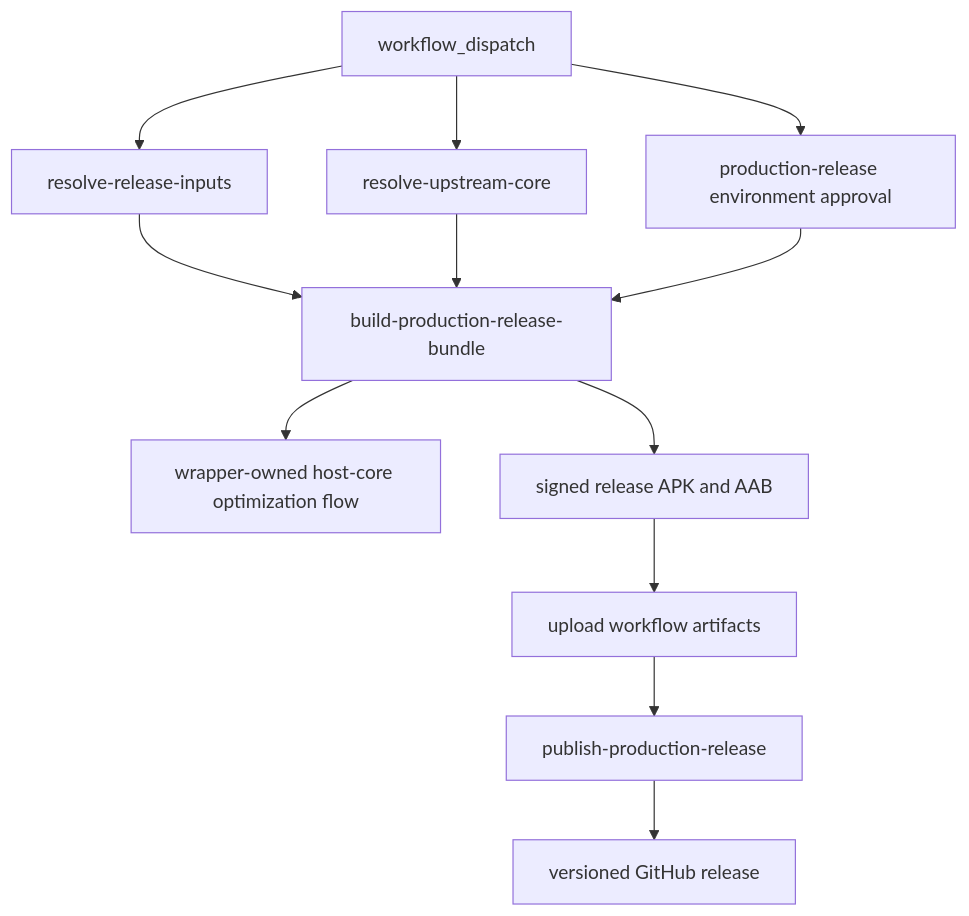
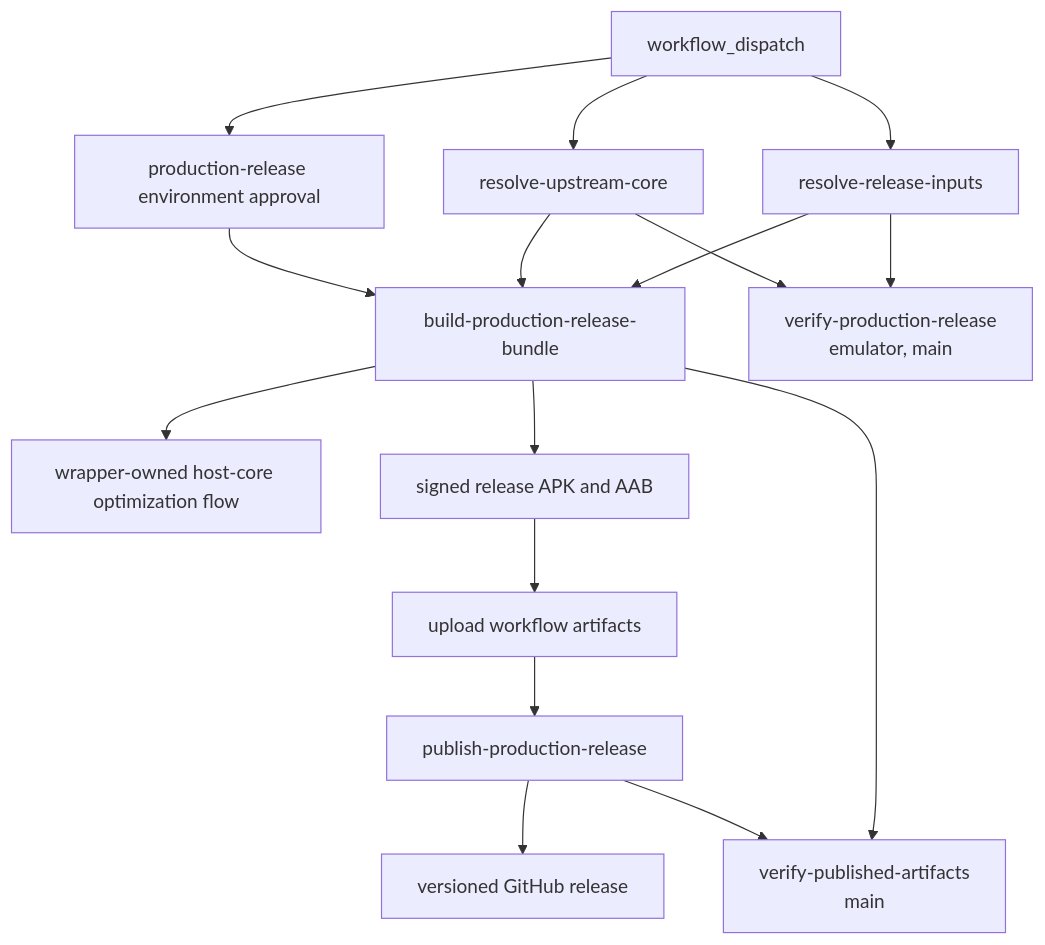
Before and after one commit to ppigazzini/r47zen: the second of 2 diagrams in android/docs/dev/70-ci-and-release-workflow.md, drawn with Mermaid. The commit also changed other lines of this file and 4 other files, not shown here.

````diff
--- a/android/docs/dev/70-ci-and-release-workflow.md
+++ b/android/docs/dev/70-ci-and-release-workflow.md
@@ -324,20 +347,26 @@
 ```mermaid
 flowchart TD
   A[workflow_dispatch]
   B[resolve-release-inputs]
   C[resolve-upstream-core]
   D[production-release environment approval]
   E[build-production-release-bundle]
   F[wrapper-owned host-core optimization flow]
   G[signed release APK and AAB]
   H[upload workflow artifacts]
   I[publish-production-release]
   J[versioned GitHub release]
+  V[verify-production-release<br/>emulator, main]
+  W[verify-published-artifacts<br/>main]
 
   A --> B --> E
   A --> C --> E
   A --> D --> E
   E --> F
   E --> G
   G --> H --> I --> J
+  B --> V
+  C --> V
+  E --> W
+  I --> W
 ```
````
